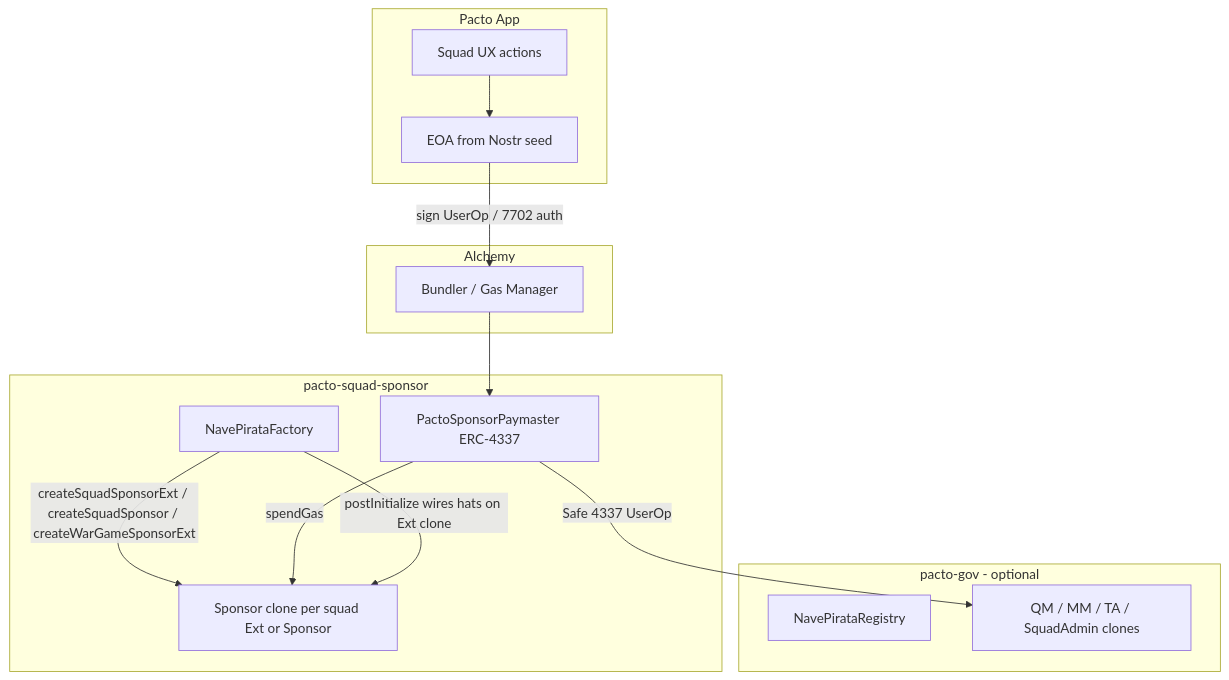
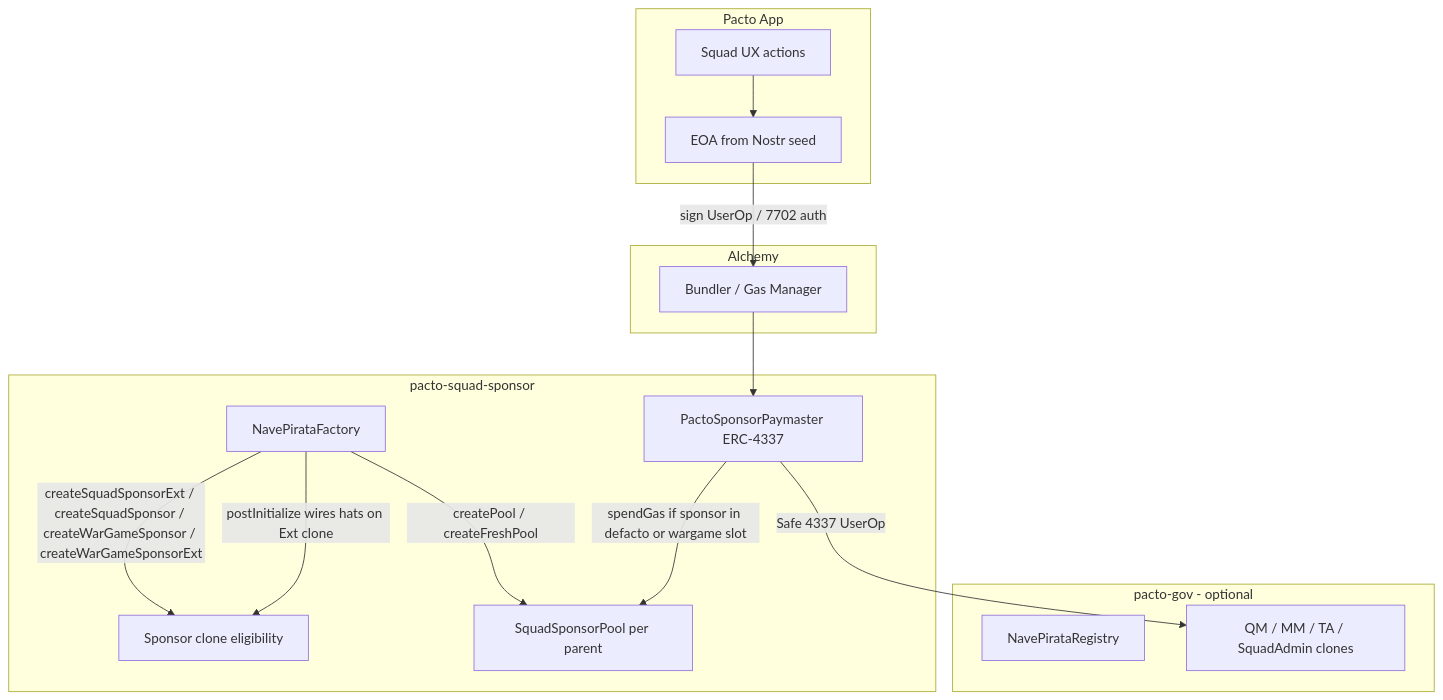
One commit to covenant-gov/pacto-squad-sponsor changed the second of 2 diagrams in docs/TECH_SPEC.md. Above: the diagram before and after it, drawn with Mermaid. The commit also changed other lines of this file and 32 other files, not shown here.

Commit message:
feat: mutual-fund for all sponsors per squad for primary & war-game sponsors; avoid dusty funds

````diff
--- a/docs/TECH_SPEC.md
+++ b/docs/TECH_SPEC.md
@@ -164,31 +164,33 @@
 ```mermaid
 flowchart TB
   subgraph app [Pacto App]
     Keys[EOA from Nostr seed]
     UX[Squad UX actions]
   end
 
   subgraph sponsor [pacto-squad-sponsor]
     Factory[SquadSponsorFactory]
-    SponsorClone[Sponsor clone per squad Ext or Sponsor]
+    SponsorClone[Sponsor clone eligibility]
+    Pool[SquadSponsorPool per parent]
     PM[PactoSponsorPaymaster ERC-4337]
   end
 
   subgraph gov [pacto-gov - optional]
     Reg[NavePirataRegistry]
     Factory[NavePirataFactory]
     Mods[QM / MM / TA / SquadAdmin clones]
   end
 
   subgraph relay [Alchemy]
     Bundler[Bundler / Gas Manager]
   end
 
   UX --> Keys
   Keys -->|sign UserOp / 7702 auth| Bundler
   Bundler --> PM
-    Factory -->|createSquadSponsorExt / createSquadSponsor / createWarGameSponsorExt| SponsorClone
-  PM -->|spendGas| SponsorClone
+  Factory -->|createSquadSponsorExt / createSquadSponsor / createWarGameSponsor / createWarGameSponsorExt| SponsorClone
+  Factory -->|createPool / createFreshPool| Pool
+  PM -->|spendGas if sponsor in defacto or wargame slot| Pool
   Factory -->|postInitialize wires hats on Ext clone| SponsorClone
   PM -->|Safe 4337 UserOp| Mods
 ```
````
